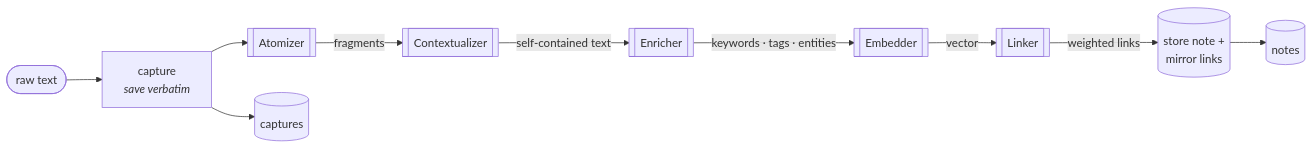
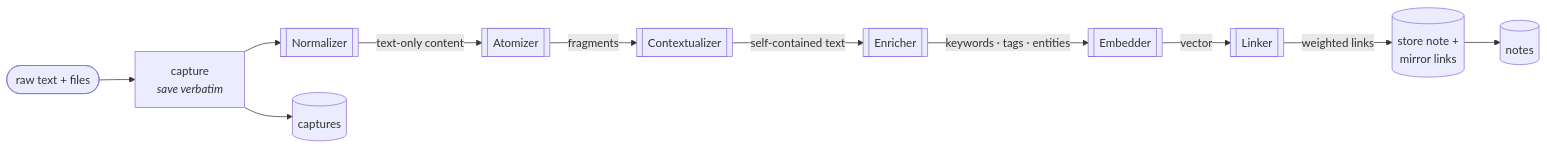
The second of 3 diagrams in docs/architecture.md (saltfish-len/Notebase), drawn with Mermaid before and after one commit. The commit also changed other lines of this file and 15 other files, not shown here.

First line of the commit message:
Add the Normalizer box: attach files to a write, v0 file-name alt text

````diff
--- a/docs/architecture.md
+++ b/docs/architecture.md
@@ -50,12 +51,13 @@
 ```mermaid
 flowchart LR
-    IN([raw text]) --> CAP[capture<br/><i>save verbatim</i>]
-    CAP --> AT[[Atomizer]]
+    IN([raw text + files]) --> CAP[capture<br/><i>save verbatim</i>]
+    CAP --> NO[[Normalizer]]
+    NO -- text-only content --> AT[[Atomizer]]
     AT -- fragments --> CTX[[Contextualizer]]
     CTX -- self-contained text --> EN[[Enricher]]
     EN -- keywords · tags · entities --> EMB[[Embedder]]
     EMB -- vector --> LK[[Linker]]
     LK -- weighted links --> ST[(store note +<br/>mirror links)]
     CAP --> DB1[(captures)]
     ST --> DB2[(notes)]
 ```
````
